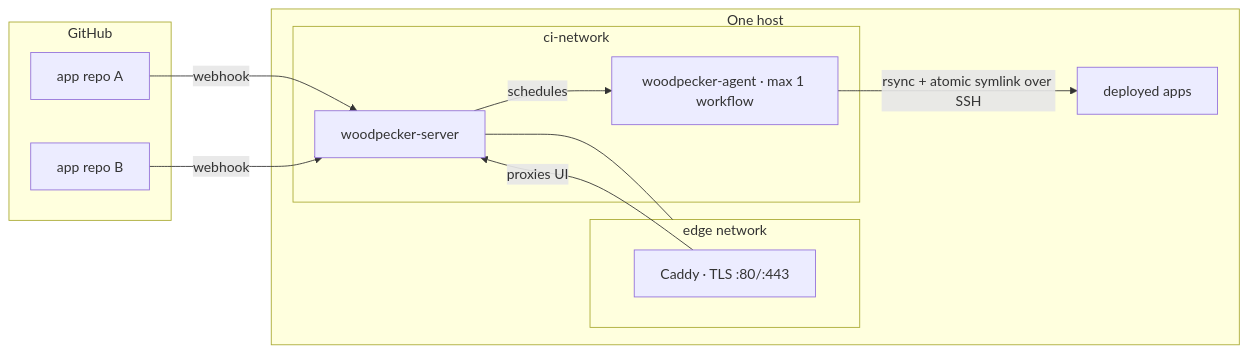
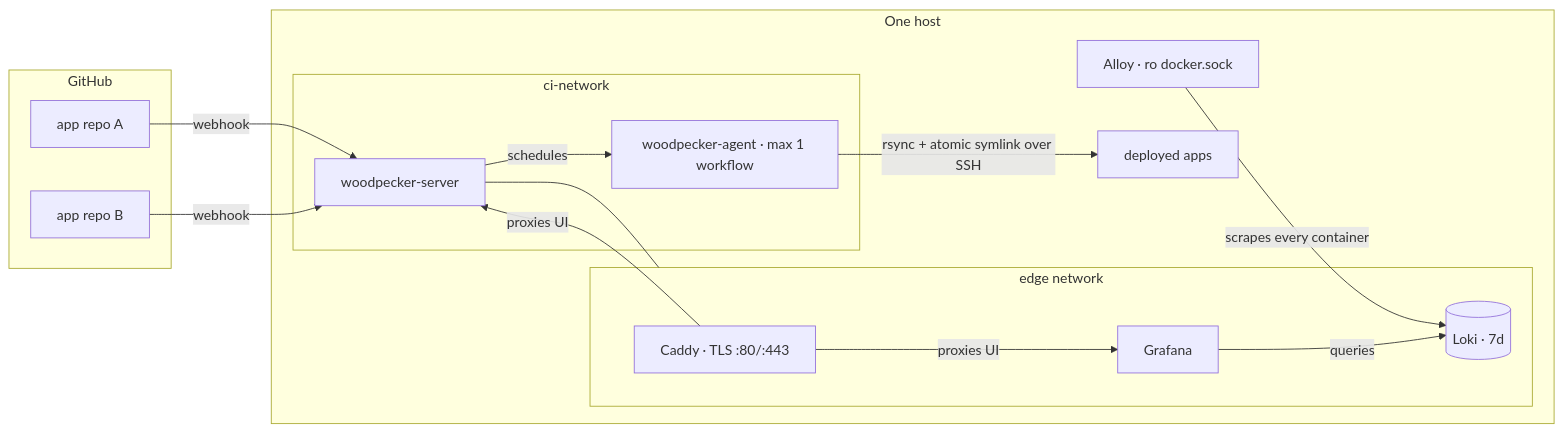
The diagram in README.md (aneskurtovic/infra), drawn with Mermaid before and after one commit. The commit also changed other lines of this file and 9 other files, not shown here.

````diff
--- a/README.md
+++ b/README.md
@@ -24,22 +25,28 @@
 ```mermaid
 flowchart LR
     subgraph GH[GitHub]
       R1[app repo A]
       R2[app repo B]
     end
     subgraph Box[One host]
       subgraph edge[edge network]
         CADDY[Caddy · TLS :80/:443]
+        GRAF[Grafana]
+        LOKI[(Loki · 7d)]
       end
       subgraph ci[ci-network]
         WS[woodpecker-server]
         WA[woodpecker-agent · max 1 workflow]
       end
       WS --- edge
       APPS[deployed apps]
+      ALLOY[Alloy · ro docker.sock]
     end
     R1 & R2 -- webhook --> WS
     CADDY -- proxies UI --> WS
+    CADDY -- proxies UI --> GRAF
     WS -- schedules --> WA
     WA -- rsync + atomic symlink over SSH --> APPS
+    ALLOY -- scrapes every container --> LOKI
+    GRAF -- queries --> LOKI
 ```
````
